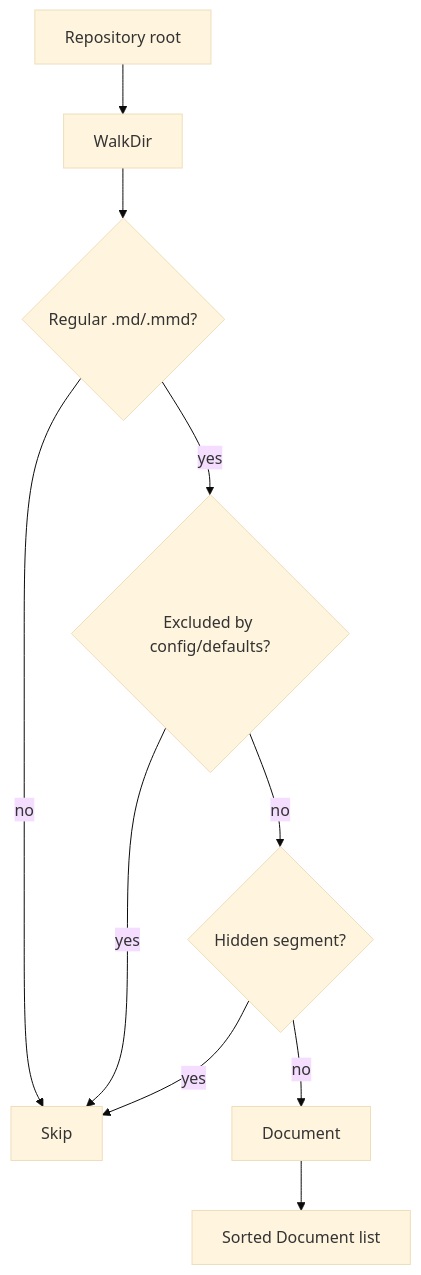
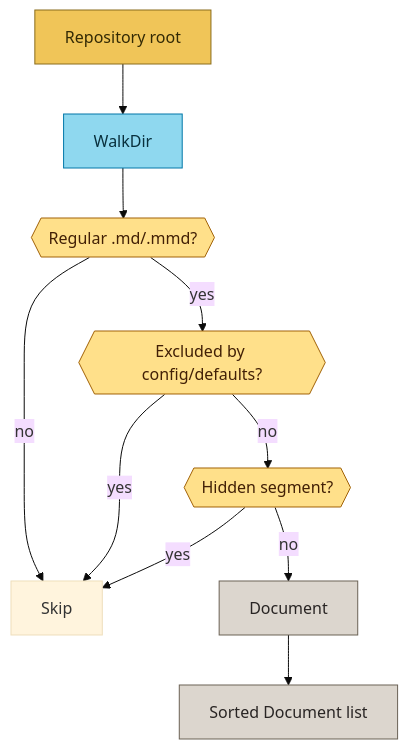
Before and after one commit to fordaj/barnacle: the diagram in internal/barnacle/scan.go.md, drawn with Mermaid (base theme). The commit also changed 23 other files, not shown here.

````diff
--- a/internal/barnacle/scan.go.md
+++ b/internal/barnacle/scan.go.md
@@ -3,14 +3,22 @@
 ```mermaid
 flowchart TD
-    Root[Repository root] --> Walk[WalkDir]
-    Walk --> Filter{Regular .md/.mmd?}
+    Root["Repository root"] --> Walk[WalkDir]
+    Walk --> Filter{{"Regular .md/.mmd?"}}
     Filter -- no --> Skip[Skip]
-    Filter -- yes --> Excludes{"Excluded by config/defaults?"}
+    Filter -- yes --> Excludes{{"Excluded by config/defaults?"}}
     Excludes -- yes --> Skip
-    Excludes -- no --> Hidden{Hidden segment?}
+    Excludes -- no --> Hidden{{"Hidden segment?"}}
     Hidden -- yes --> Skip
-    Hidden -- no --> Doc[Document]
-    Doc --> Sorted[Sorted Document list]
+    Hidden -- no --> Doc["Document"]
+    Doc --> Sorted["Sorted Document list"]
     click Excludes href "config.go.md"
     click Sorted href "site.go.md"
+    class Root folder
+    class Walk goFile
+    class Filter,Excludes,Hidden hexNode
+    class Doc,Sorted mdFile
+    classDef folder fill:#f0c558,stroke:#8a6d1c,color:#332a05
+    classDef goFile fill:#8fd8ef,stroke:#0277a8,color:#08303d
+    classDef hexNode fill:#ffe08a,stroke:#a16207,color:#422006
+    classDef mdFile fill:#dcd6ce,stroke:#6b6255,color:#292524
 ```
````
